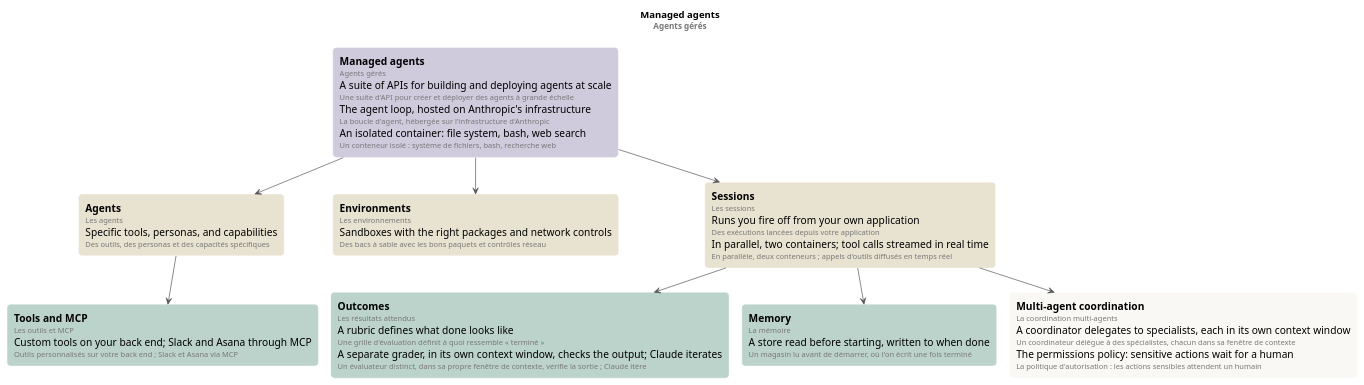
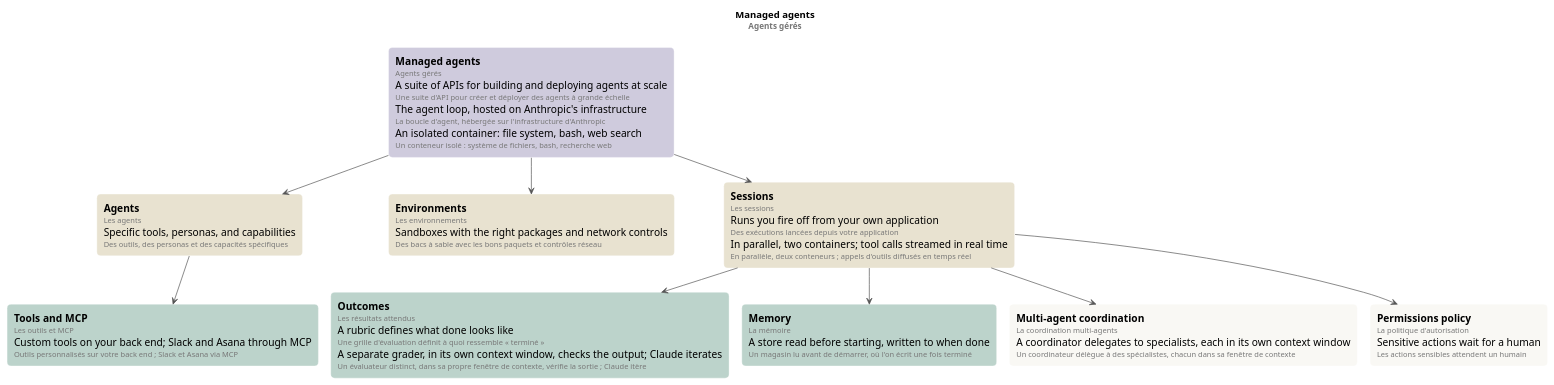
Before and after one commit to ltruchot/anthropic-academy-ai-glossary: the diagram in 05-claude-platform-101/mindmap/managed-agents.puml, drawn with PlantUML. The commit also changed 2 other files, not shown here.

Commit message:
docs: give the permissions policy its own box on the managed agents map (Claude Platform 101)

```diff
--- a/05-claude-platform-101/mindmap/managed-agents.puml
+++ b/05-claude-platform-101/mindmap/managed-agents.puml
@@ -1,45 +1,48 @@
 @startuml managed-agents
 ' Render: java -jar plantuml.jar -tsvg managed-agents.puml (smetana: no Graphviz needed).
 !pragma layout smetana
 
 skinparam defaultFontName Helvetica
 skinparam shadowing false
 skinparam roundCorner 12
 skinparam ArrowColor #555555
 skinparam rectangle {
   BorderColor #FFFFFF
   FontSize 15
 }
 <style>
 rectangle {
   MinimumWidth 230
 }
 </style>
 
 title Managed agents\n<size:12><color:#777>Agents gérés</color></size>
 
 rectangle "**Managed agents**\n<size:11><color:#777>Agents gérés</color></size>\nA suite of APIs for building and deploying agents at scale\n<size:11><color:#777>Une suite d'API pour créer et déployer des agents à grande échelle</color></size>\nThe agent loop, hosted on Anthropic's infrastructure\n<size:11><color:#777>La boucle d'agent, hébergée sur l'infrastructure d'Anthropic</color></size>\nAn isolated container: file system, bash, web search\n<size:11><color:#777>Un conteneur isolé : système de fichiers, bash, recherche web</color></size>" as MA #CFCBDD
 
 rectangle "**Agents**\n<size:11><color:#777>Les agents</color></size>\nSpecific tools, personas, and capabilities\n<size:11><color:#777>Des outils, des personas et des capacités spécifiques</color></size>" as AGENTS #E8E2D0
 
 rectangle "**Environments**\n<size:11><color:#777>Les environnements</color></size>\nSandboxes with the right packages and network controls\n<size:11><color:#777>Des bacs à sable avec les bons paquets et contrôles réseau</color></size>" as ENVS #E8E2D0
 
 rectangle "**Sessions**\n<size:11><color:#777>Les sessions</color></size>\nRuns you fire off from your own application\n<size:11><color:#777>Des exécutions lancées depuis votre application</color></size>\nIn parallel, two containers; tool calls streamed in real time\n<size:11><color:#777>En parallèle, deux conteneurs ; appels d'outils diffusés en temps réel</color></size>" as SESSIONS #E8E2D0
 
 rectangle "**Tools and MCP**\n<size:11><color:#777>Les outils et MCP</color></size>\nCustom tools on your back end; Slack and Asana through MCP\n<size:11><color:#777>Outils personnalisés sur votre back end ; Slack et Asana via MCP</color></size>" as TOOLS #BCD3CB
 
 rectangle "**Outcomes**\n<size:11><color:#777>Les résultats attendus</color></size>\nA rubric defines what done looks like\n<size:11><color:#777>Une grille d'évaluation définit à quoi ressemble « terminé »</color></size>\nA separate grader, in its own context window, checks the output; Claude iterates\n<size:11><color:#777>Un évaluateur distinct, dans sa propre fenêtre de contexte, vérifie la sortie ; Claude itère</color></size>" as OUTCOMES #BCD3CB
 
 rectangle "**Memory**\n<size:11><color:#777>La mémoire</color></size>\nA store read before starting, written to when done\n<size:11><color:#777>Un magasin lu avant de démarrer, où l'on écrit une fois terminé</color></size>" as MEMORY #BCD3CB
 
-rectangle "**Multi-agent coordination**\n<size:11><color:#777>La coordination multi-agents</color></size>\nA coordinator delegates to specialists, each in its own context window\n<size:11><color:#777>Un coordinateur délègue à des spécialistes, chacun dans sa fenêtre de contexte</color></size>\nThe permissions policy: sensitive actions wait for a human\n<size:11><color:#777>La politique d'autorisation : les actions sensibles attendent un humain</color></size>" as MULTI #F9F8F4
+rectangle "**Multi-agent coordination**\n<size:11><color:#777>La coordination multi-agents</color></size>\nA coordinator delegates to specialists, each in its own context window\n<size:11><color:#777>Un coordinateur délègue à des spécialistes, chacun dans sa fenêtre de contexte</color></size>" as MULTI #F9F8F4
+
+rectangle "**Permissions policy**\n<size:11><color:#777>La politique d'autorisation</color></size>\nSensitive actions wait for a human\n<size:11><color:#777>Les actions sensibles attendent un humain</color></size>" as PERM #F9F8F4
 
 MA --> AGENTS
 MA --> ENVS
 MA --> SESSIONS
 AGENTS --> TOOLS
 SESSIONS --> OUTCOMES
 SESSIONS --> MEMORY
 SESSIONS --> MULTI
+SESSIONS --> PERM
 
 @enduml
```
